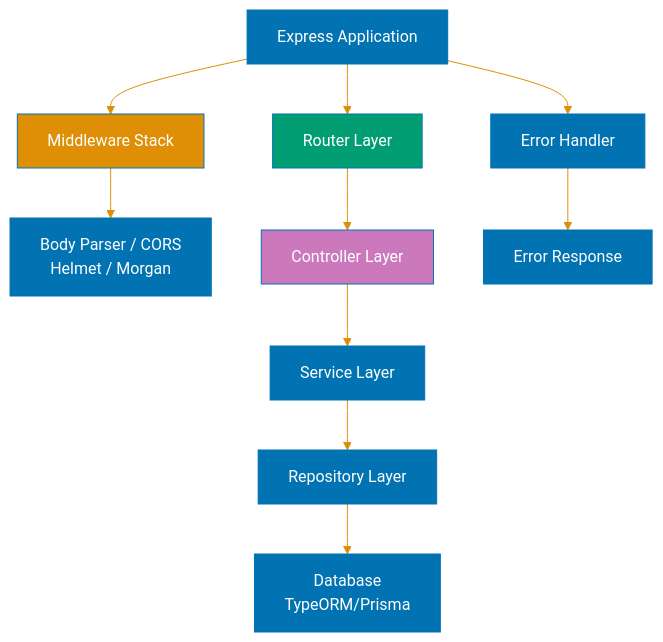
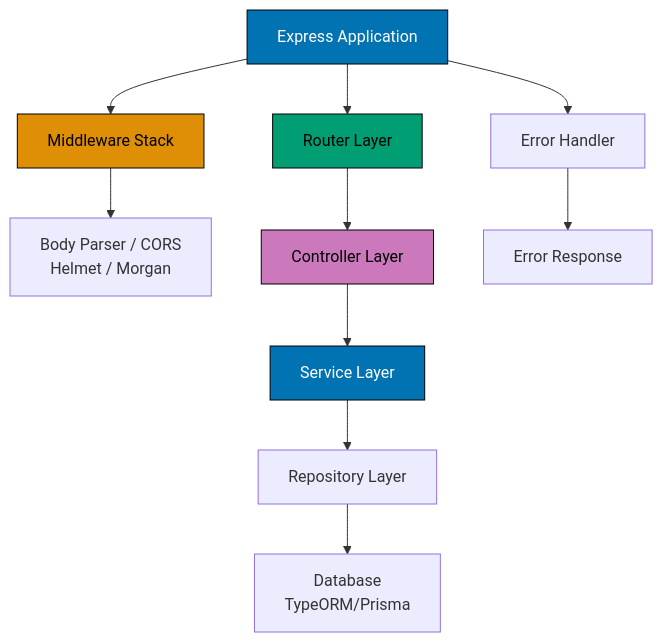
Before and after one commit to wahidyankf/ose-public: the fourth of 5 diagrams in docs/explanation/software-engineering/programming-languages/typescript/web-services.md, drawn with Mermaid. The commit also changed other lines of this file and 57 other files, not shown here.

First line of the commit message:
docs(diagrams): make docs diagrams accessible

````diff
--- a/docs/explanation/software-engineering/programming-languages/typescript/web-services.md
+++ b/docs/explanation/software-engineering/programming-languages/typescript/web-services.md
@@ -1298,23 +1304,27 @@
 ```mermaid
-%%{init: {'theme':'base', 'themeVariables': { 'primaryColor':'#0173B2','primaryTextColor':'#fff','primaryBorderColor':'#0173B2','lineColor':'#DE8F05','secondaryColor':'#029E73','tertiaryColor':'#CC78BC','fontSize':'16px'}}}%%
 flowchart TD
+    accTitle: Express.js API Architecture
+    accDescr: Express Application leads to Middleware Stack; Express Application leads to Router Layer; Express Application leads to Error Handler; Middleware Stack leads to Body Parser / CORS Helmet / Morgan; and 5 more links.
     A[Express Application] --> B[Middleware Stack]
     A --> C[Router Layer]
     A --> D[Error Handler]
 
     B --> B1[Body Parser / CORS<br/>Helmet / Morgan]
 
     C --> E[Controller Layer]
 
     E --> F[Service Layer]
     F --> G[Repository Layer]
     G --> H[Database<br/>TypeORM/Prisma]
 
     D --> I[Error Response]
 
-    style A fill:#0173B2,color:#fff
-    style B fill:#DE8F05,color:#fff
-    style C fill:#029E73,color:#fff
-    style E fill:#CC78BC,color:#fff
-    style F fill:#0173B2,color:#fff
+    classDef blue fill:#0173B2,stroke:#000000,color:#FFFFFF
+    classDef orange fill:#DE8F05,stroke:#000000,color:#000000
+    classDef teal fill:#029E73,stroke:#000000,color:#000000
+    classDef purple fill:#CC78BC,stroke:#000000,color:#000000
+    class A,F blue
+    class B orange
+    class C teal
+    class E purple
 ```
````
